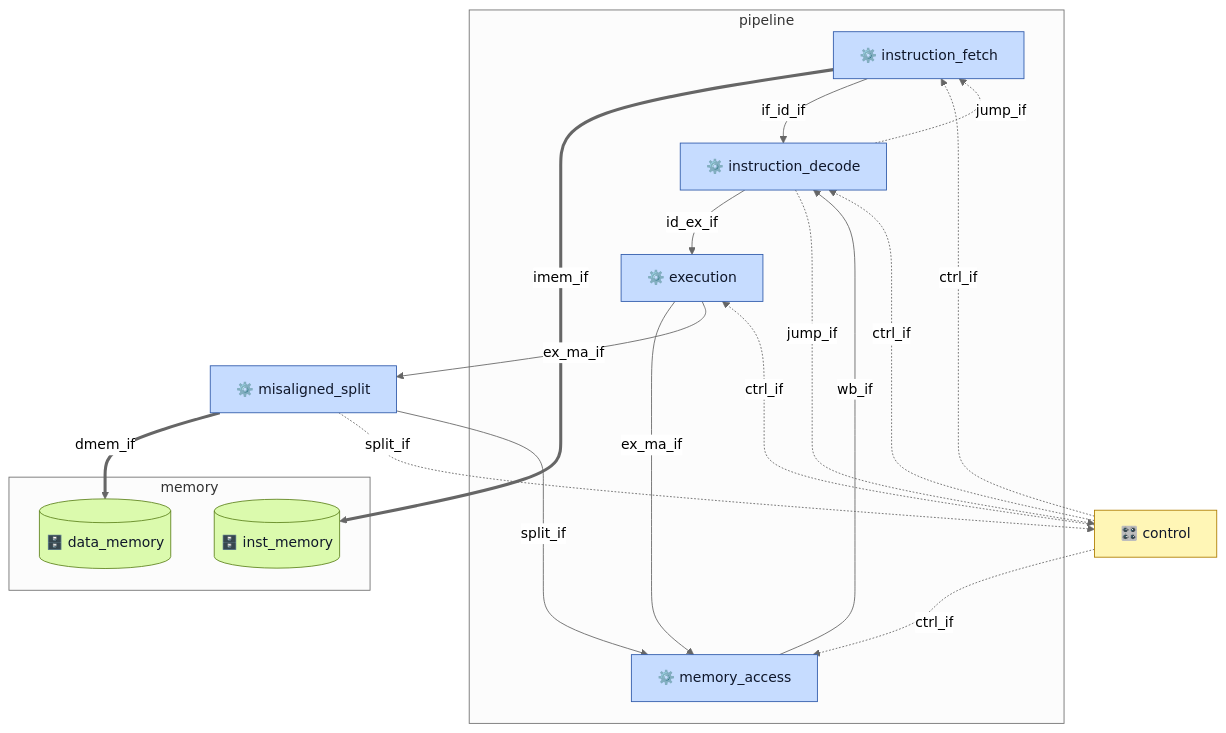
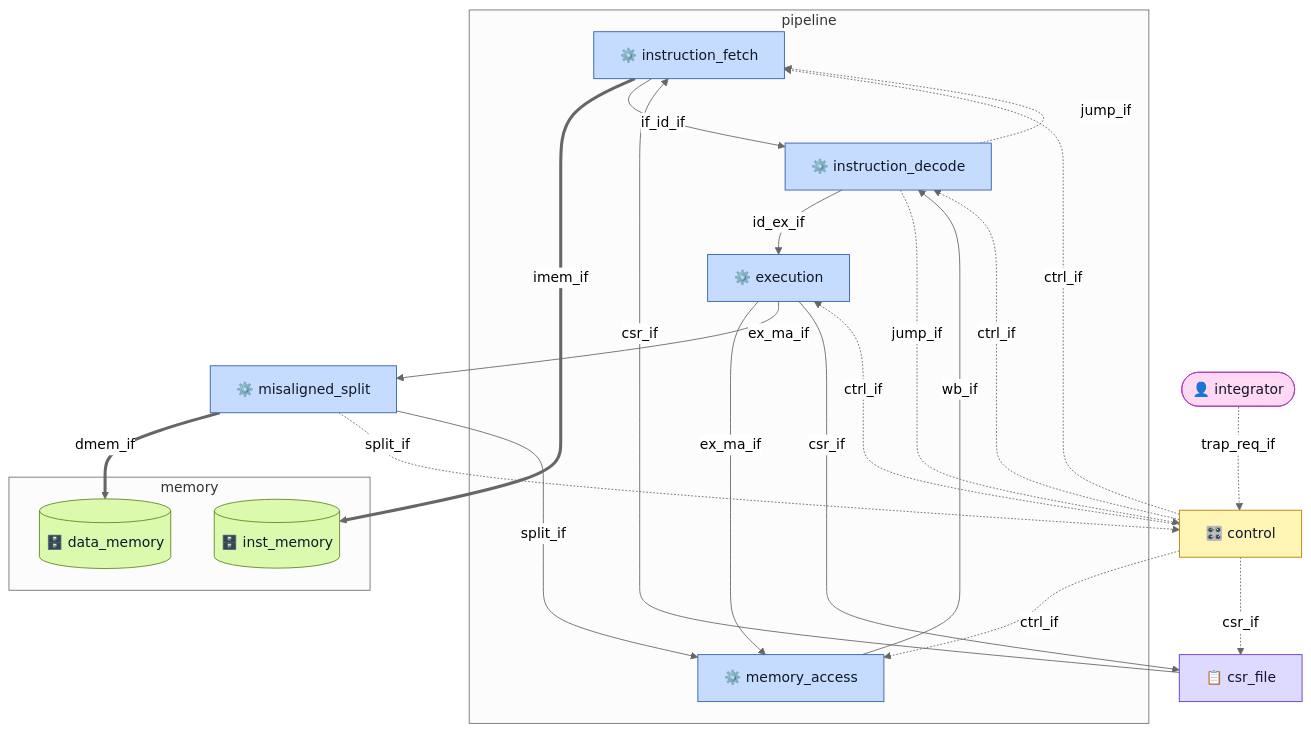
The third of 4 diagrams in doc/uarch.md (nelsonafn/riscv-small), drawn with Mermaid (neutral theme) before and after one commit. The commit also changed other lines of this file and 44 other files, not shown here.

First line of the commit message:
Add external trap sequences and trap ordering tests for riscv_small

````diff
--- a/doc/uarch.md
+++ b/doc/uarch.md
@@ -568,39 +659,47 @@
 ```mermaid
 flowchart TD
     accTitle: riscv-small top level
-    accDescr: Four pipeline stage modules, the split block that owns the data port, one control block, and the two external memories. Every edge is one interface from the catalogue, labelled with the interface name rather than with its signals, and drawn from the initiator to the target.
+    accDescr: Four pipeline stage modules, the split block that owns the data port, one control block, the CSR file, the two external memories and the integrator's trap request. Every edge is one interface from the catalogue, labelled with the interface name rather than with its signals, and drawn from the initiator to the target.
     classDef stage fill:#c6dcff,stroke:#305bab,color:#0f172a
     classDef control fill:#fff6b6,stroke:#af7e02,color:#0f172a
     classDef memory fill:#dbfaad,stroke:#608520,color:#0f172a
+    classDef csr fill:#dedaff,stroke:#6631d7,color:#0f172a
+    classDef external fill:#ffd8f4,stroke:#af3fb9,color:#0f172a
 
     subgraph PIPE["pipeline"]
         IF["⚙️ instruction_fetch"]:::stage
         ID["⚙️ instruction_decode"]:::stage
         EX["⚙️ execution"]:::stage
         MA["⚙️ memory_access"]:::stage
     end
 
     subgraph MEM["memory"]
         IMEM[("🗄️ inst_memory")]:::memory
         DMEM[("🗄️ data_memory")]:::memory
     end
 
     SPLIT["⚙️ misaligned_split"]:::stage
     CTL["🎛️ control"]:::control
+    CSR["📋 csr_file"]:::csr
+    SOC(["👤 integrator"]):::external
 
     IF ==>|"imem_if"| IMEM
     IF -->|"if_id_if"| ID
     ID -->|"id_ex_if"| EX
     EX -->|"ex_ma_if"| MA
     EX -->|"ex_ma_if"| SPLIT
     SPLIT ==>|"dmem_if"| DMEM
     SPLIT -.->|"split_if"| CTL
     SPLIT -->|"split_if"| MA
     MA -->|"wb_if"| ID
     ID -.->|"jump_if"| IF
     ID -.->|"jump_if"| CTL
+    EX -->|"csr_if"| CSR
+    CSR -->|"csr_if"| IF
+    SOC -.->|"trap_req_if"| CTL
+    CTL -.->|"csr_if"| CSR
     CTL -.->|"ctrl_if"| IF
     CTL -.->|"ctrl_if"| ID
     CTL -.->|"ctrl_if"| EX
     CTL -.->|"ctrl_if"| MA
 ```
````
